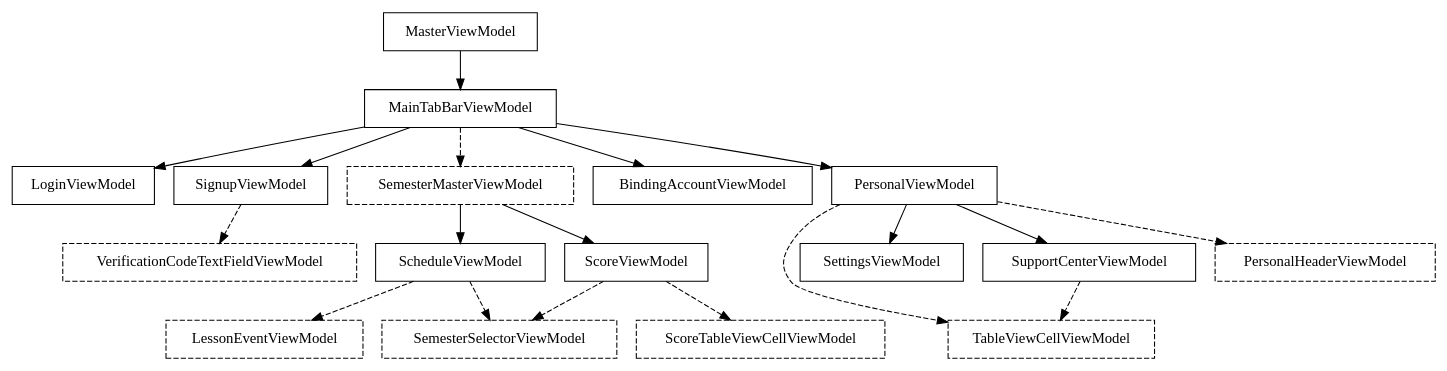
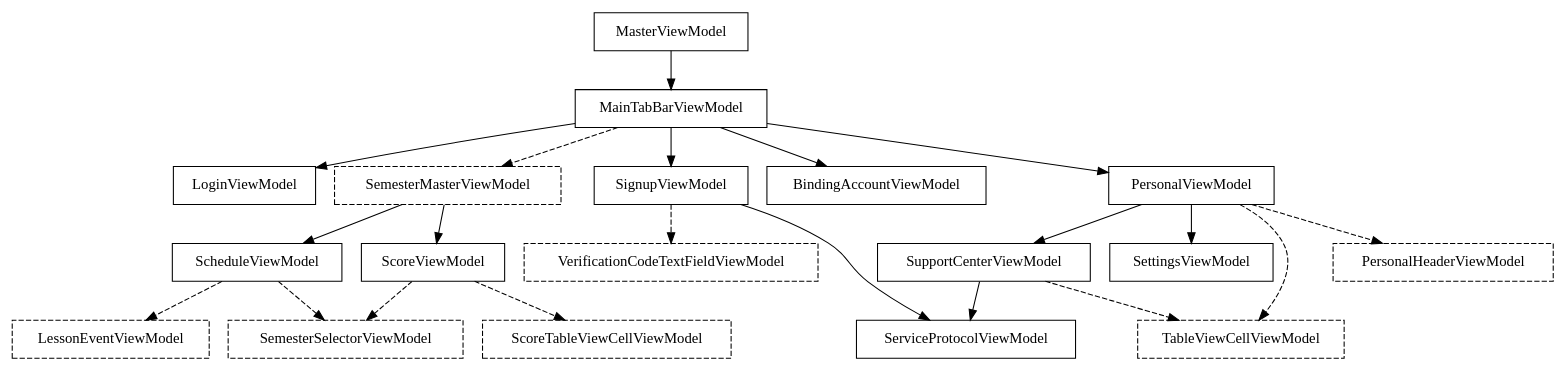
The diagram in Graphviz/ViewModel.dot (ty0x2333/XujcClient-iOS), drawn with Graphviz before and after one commit.

Commit message:
M Graphviz ViewModel, add ServiceProtocolViewModel

```diff
--- a/Graphviz/ViewModel.dot
+++ b/Graphviz/ViewModel.dot
@@ -1,37 +1,38 @@
 digraph ViewModel{
 	node[shape = record];
 
 	MasterViewModel->MainTabBarViewModel;
 
 	MainTabBarViewModel->LoginViewModel;
-	MainTabBarViewModel->SignupViewModel;
+	MainTabBarViewModel->SignupViewModel->ServiceProtocolViewModel;
 	SignupViewModel->VerificationCodeTextFieldViewModel[style = dashed];
 	VerificationCodeTextFieldViewModel[style = dashed];
 	MainTabBarViewModel->SemesterMasterViewModel[style = dashed];
 	MainTabBarViewModel->BindingAccountViewModel;
 	MainTabBarViewModel->PersonalViewModel;
 
 	SemesterMasterViewModel[style = dashed];
 	SemesterMasterViewModel->ScheduleViewModel;
 	SemesterMasterViewModel->ScoreViewModel;
 
 	ScheduleViewModel->LessonEventViewModel[style = dashed];
 	ScheduleViewModel->SemesterSelectorViewModel[style = dashed];
 	LessonEventViewModel[style = dashed];
 
 	ScoreViewModel->ScoreTableViewCellViewModel[style = dashed];
 	ScoreViewModel->SemesterSelectorViewModel[style = dashed];
 	ScoreTableViewCellViewModel[style = dashed];
 
 	SemesterSelectorViewModel[style = dashed];
 
 	TableViewCellViewModel[style = dashed];
 
 	PersonalViewModel->SettingsViewModel;
 	PersonalViewModel->SupportCenterViewModel;
 	PersonalViewModel->PersonalHeaderViewModel[style = dashed];
 	PersonalViewModel->TableViewCellViewModel[style = dashed];
 	PersonalHeaderViewModel[style = dashed];
 
 	SupportCenterViewModel->TableViewCellViewModel[style = dashed];
+	SupportCenterViewModel->ServiceProtocolViewModel;
 }
```
